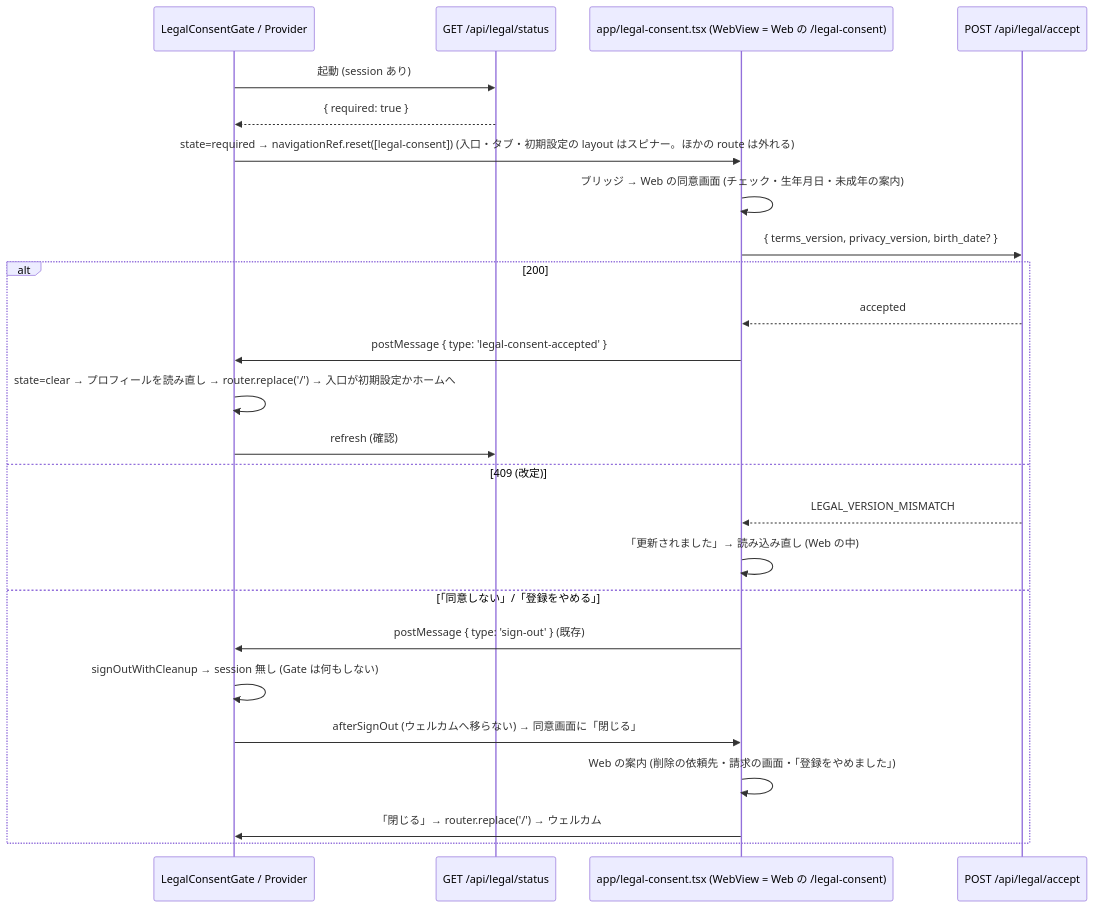
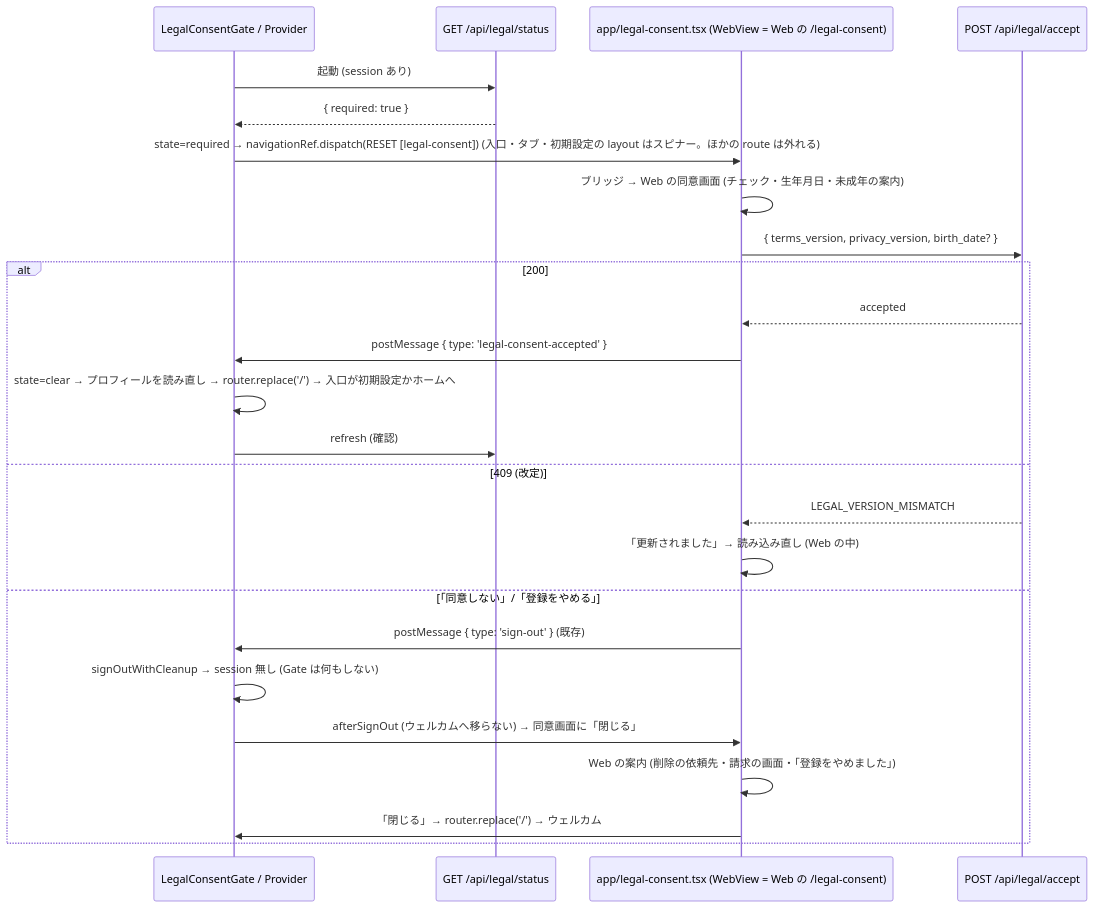
The diagram in docs/design/cross/13b-legal-consent-mobile.md (DaisukeHori/homegohan-app), drawn with Mermaid before and after one commit. The commit also changed other lines of this file and 6 other files, not shown here.

Commit message:
docs(design): #1591 の他の正典への追随 (cross/13b の同意のゲートの契約・CLAUDE.md・mobile/CLAUDE.md・mobile/01・00-architecture) と記録の現在形化 (operator/12・13)

````diff
--- a/docs/design/cross/13b-legal-consent-mobile.md
+++ b/docs/design/cross/13b-legal-consent-mobile.md
@@ -1319,27 +1451,27 @@
 ```mermaid
 sequenceDiagram
     participant G as LegalConsentGate / Provider
     participant S as GET /api/legal/status
     participant W as app/legal-consent.tsx (WebView = Web の /legal-consent)
     participant P as POST /api/legal/accept
     G->>S: 起動 (session あり)
     S-->>G: { required: true }
-    G->>W: state=required → navigationRef.reset([legal-consent]) (入口・タブ・初期設定の layout はスピナー。ほかの route は外れる)
+    G->>W: state=required → navigationRef.dispatch(RESET [legal-consent]) (入口・タブ・初期設定の layout はスピナー。ほかの route は外れる)
     W->>W: ブリッジ → Web の同意画面 (チェック・生年月日・未成年の案内)
     W->>P: { terms_version, privacy_version, birth_date? }
     alt 200
         P-->>W: accepted
         W->>G: postMessage { type: 'legal-consent-accepted' }
         G->>G: state=clear → プロフィールを読み直し → router.replace('/') → 入口が初期設定かホームへ
         G->>S: refresh (確認)
     else 409 (改定)
         P-->>W: LEGAL_VERSION_MISMATCH
         W->>W: 「更新されました」→ 読み込み直し (Web の中)
     else 「同意しない」/「登録をやめる」
         W->>G: postMessage { type: 'sign-out' } (既存)
         G->>G: signOutWithCleanup → session 無し (Gate は何もしない)
         G->>W: afterSignOut (ウェルカムへ移らない) → 同意画面に「閉じる」
         W->>W: Web の案内 (削除の依頼先・請求の画面・「登録をやめました」)
         W->>G: 「閉じる」→ router.replace('/') → ウェルカム
     end
 ```
````
